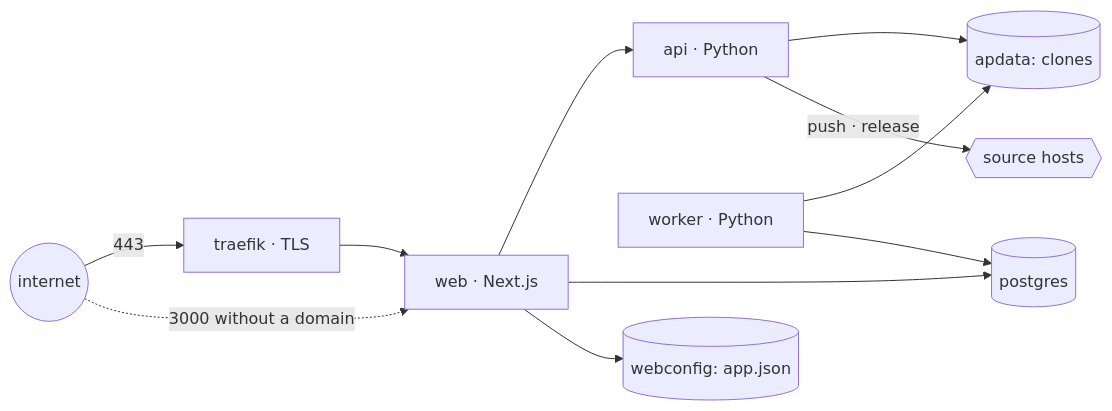
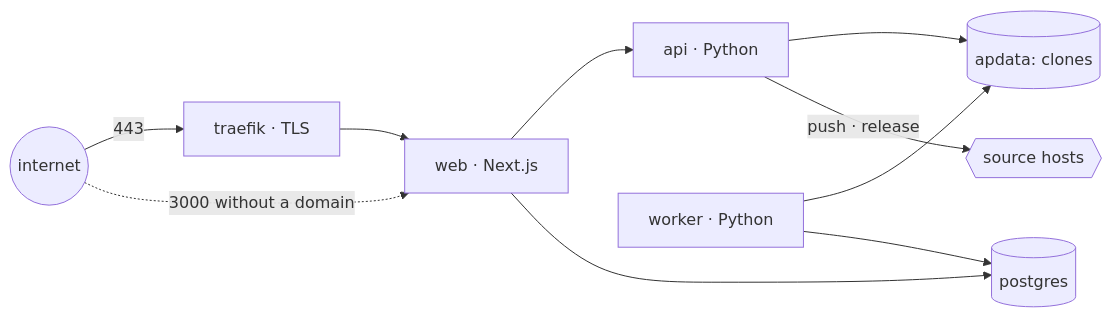
One commit to actionplatform/action-platform changed the diagram in docs/start_self_hosting.md. Above: the diagram before and after it, drawn with Mermaid. The commit also changed other lines of this file and 5 other files, not shown here.

````diff
--- a/docs/start_self_hosting.md
+++ b/docs/start_self_hosting.md
@@ -50,13 +50,12 @@
 ```mermaid
 flowchart LR
     I((internet)) -->|443| T[traefik · TLS]
     I -.->|3000 without a domain| W
     T --> W[web · Next.js]
     W --> A[api · Python]
     W --> P[(postgres)]
     A --> D[(apdata: clones)]
     K[worker · Python] --> D
     K --> P
-    W --> C[(webconfig: app.json)]
     A -->|"push · release"| G{{source hosts}}
 ```
````
